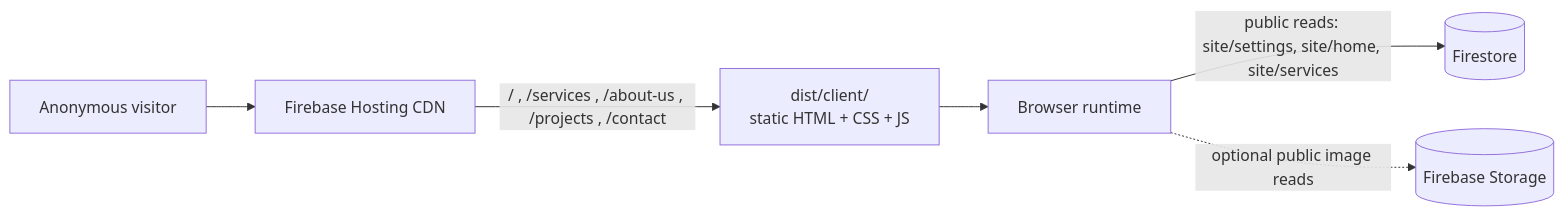
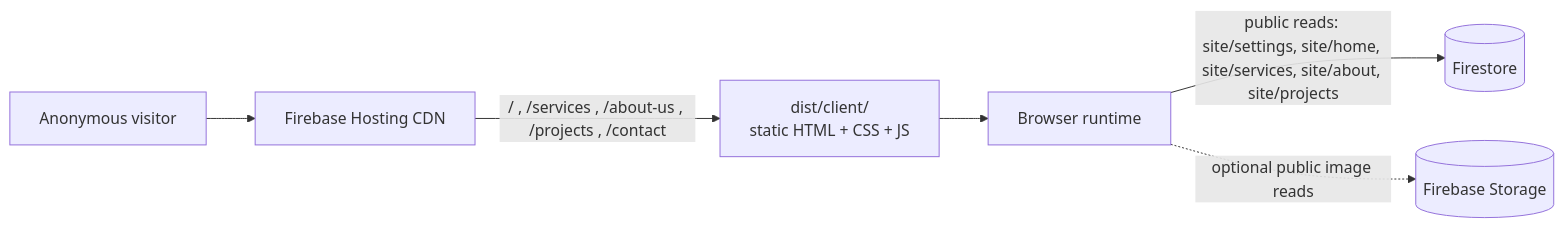
Before and after one commit to CJanithWaduge/rajarata-engineering-rajarata-engineering-public-site: the diagram in ARCHITECTURE.md, drawn with Mermaid. The commit also changed other lines of this file and 24 other files, not shown here.

````diff
--- a/ARCHITECTURE.md
+++ b/ARCHITECTURE.md
@@ -20,8 +20,8 @@
 ```mermaid
 flowchart LR
   V[Anonymous visitor] --> H[Firebase Hosting CDN]
   H -- "/ , /services , /about-us , /projects , /contact" --> D["dist/client/<br/>static HTML + CSS + JS"]
   D --> B[Browser runtime]
-  B -- "public reads: site/settings, site/home, site/services" --> F[(Firestore)]
+  B -- "public reads: site/settings, site/home, site/services, site/about, site/projects" --> F[(Firestore)]
   B -. "optional public image reads" .-> S[(Firebase Storage)]
 ```
````
